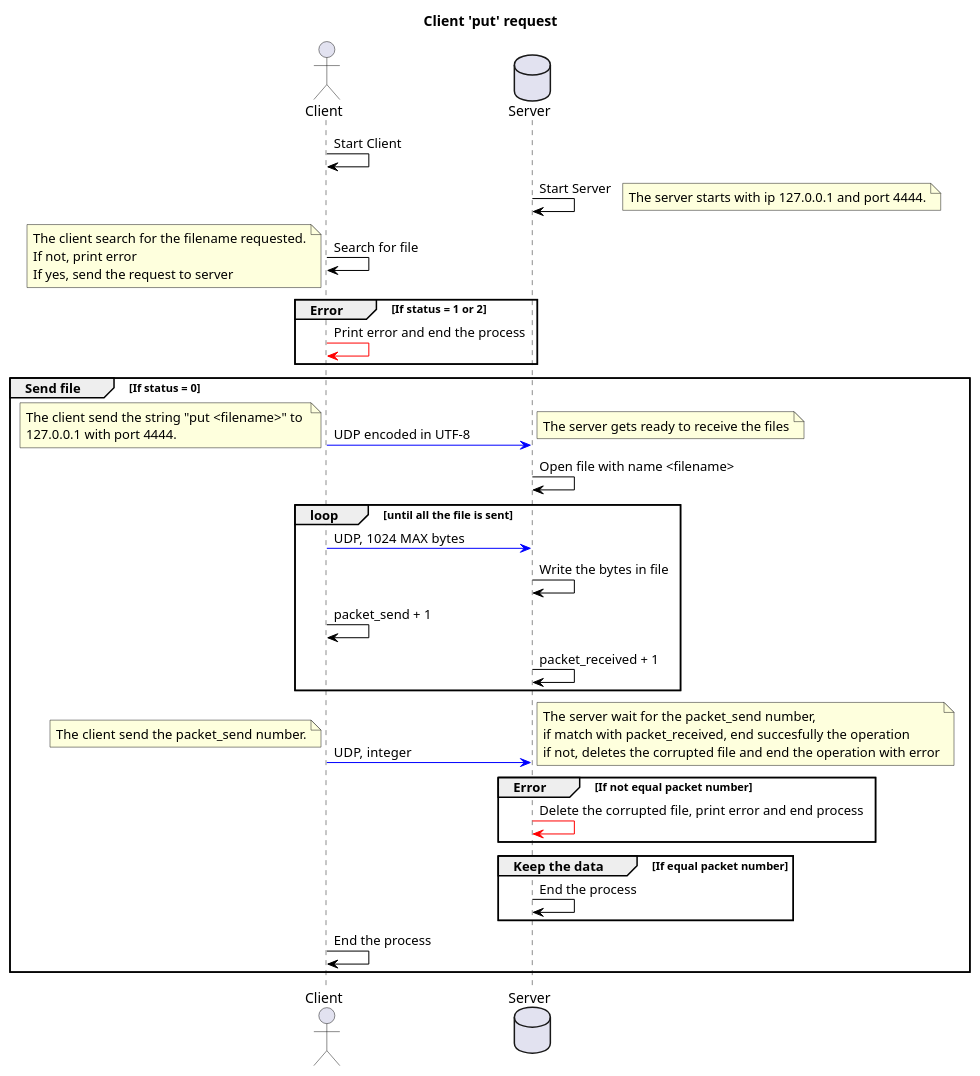
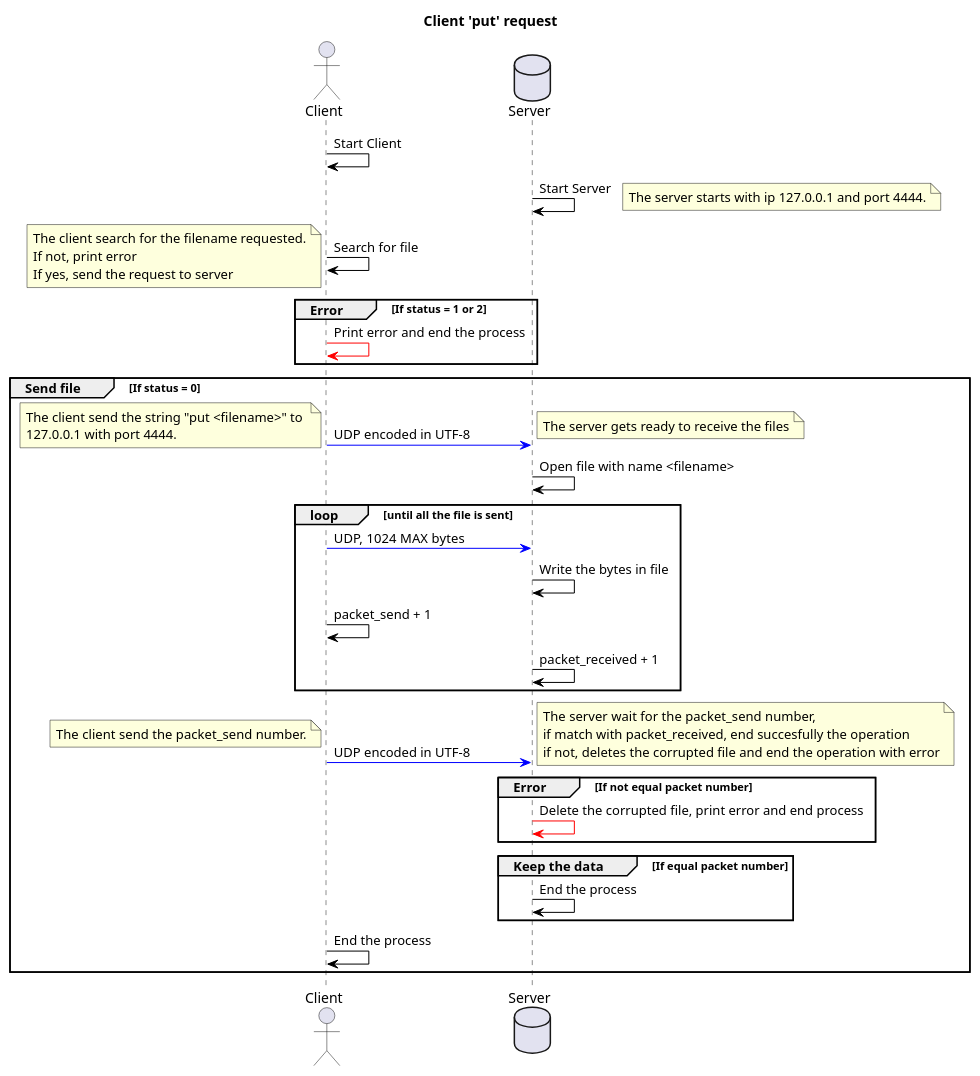
Before and after one commit to Zettaiki/Client-Server-UDP-file-transfer: the third of 3 diagrams in UML/PlantUML-code/ClientServerUML.plantuml, drawn with PlantUML. The commit also changed other lines of this file and 5 other files, not shown here.

Commit message:
Update UML

```diff
--- a/UML/PlantUML-code/ClientServerUML.plantuml
+++ b/UML/PlantUML-code/ClientServerUML.plantuml
@@ -98,55 +98,55 @@
 @startuml ClientPutUML
 
 title Client 'put' request
 
 actor Client as Client
 database Server as Server
 Client -[#Black]> Client : Start Client
 Server -[#Black]> Server : Start Server
 note right
 The server starts with ip 127.0.0.1 and port 4444.
 end note
 Client -[#Black]> Client  : Search for file
 note left
 The client search for the filename requested.
 If not, print error
 If yes, send the request to server
 end note
 group Error [If status = 1 or 2]
     Client -[#Red]> Client  : Print error and end the process
 end
 group Send file [If status = 0]
     Client -[#Blue]> Server : UDP encoded in UTF-8
     note left
     The client send the string "put <filename>" to 
     127.0.0.1 with port 4444.
     end note
     note right
     The server gets ready to receive the files
     end note
     Server -[#Black]> Server : Open file with name <filename>
     loop until all the file is sent
         Client -[#Blue]> Server : UDP, 1024 MAX bytes
         Server -[#Black]> Server : Write the bytes in file
         Client -[#Black]> Client : packet_send + 1
         Server -[#Black]> Server : packet_received + 1
     end
-    Client -[#Blue]> Server : UDP, integer
+    Client -[#Blue]> Server : UDP encoded in UTF-8
     note left
     The client send the packet_send number.
     end note
     note right
     The server wait for the packet_send number,
     if match with packet_received, end succesfully the operation
     if not, deletes the corrupted file and end the operation with error
     end note
     group Error [If not equal packet number]
     Server -[#Red]> Server : Delete the corrupted file, print error and end process
     end
     group Keep the data [If equal packet number]
     Server -[#Black]> Server : End the process
     end
     Client -[#Black]> Client : End the process
 end
 
 @enduml
```
